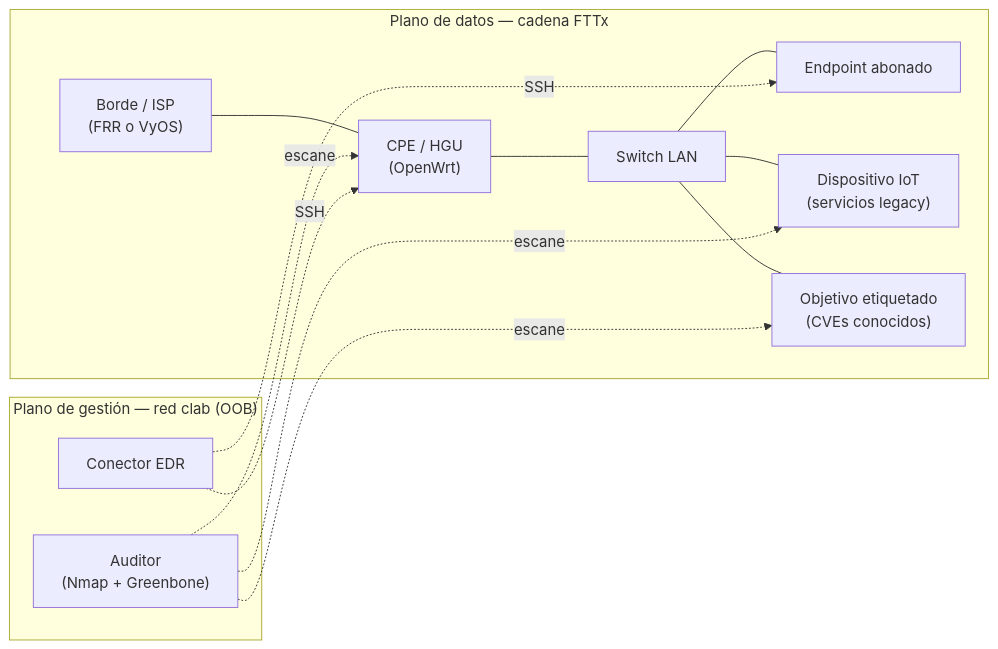
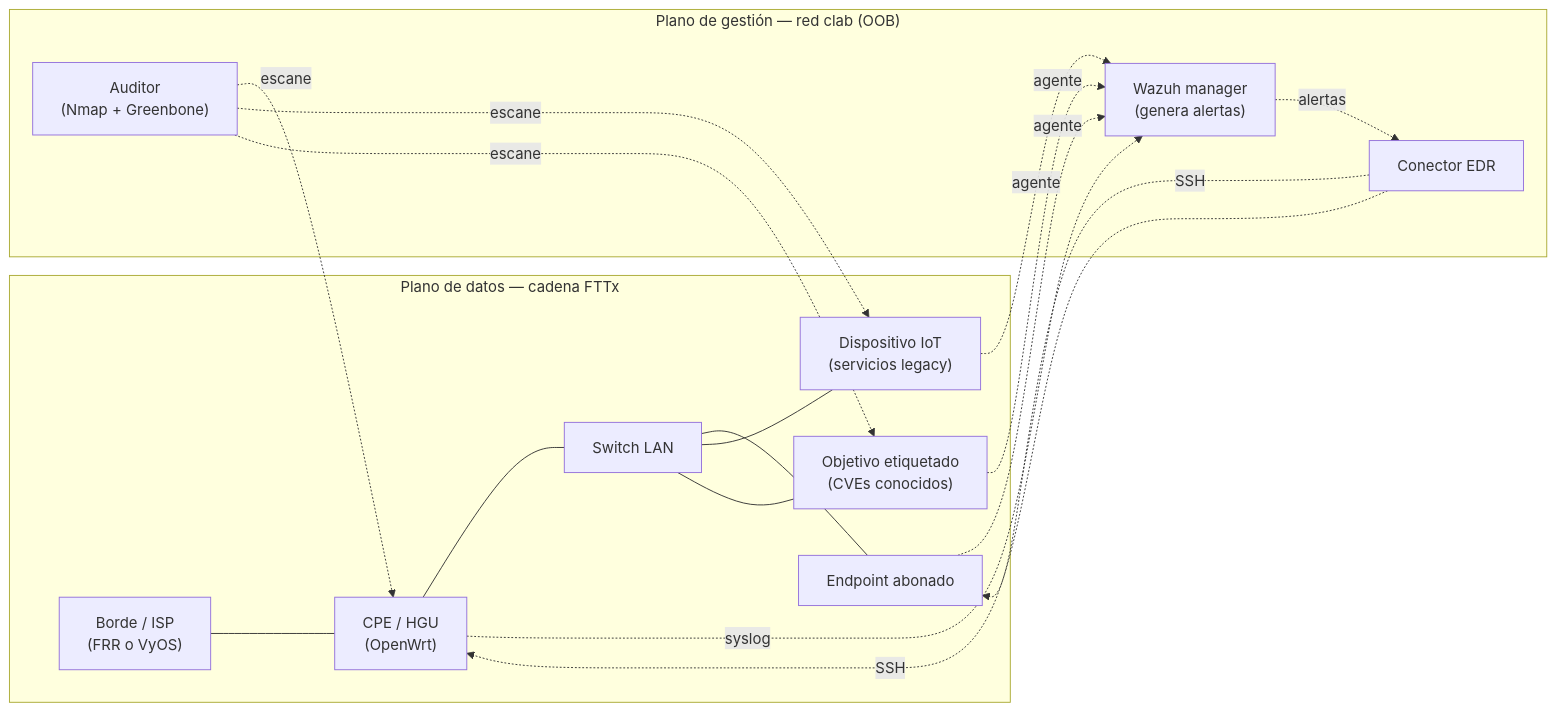
One commit to vBlanyer/domotai-pasantia changed the diagram in documentacion/03-fase3-entorno-de-pruebas/sandbox-red-containerlab.md. Above: the diagram before and after it, drawn with Mermaid. The commit also changed other lines of this file and 6 other files, not shown here.

````diff
--- a/documentacion/03-fase3-entorno-de-pruebas/sandbox-red-containerlab.md
+++ b/documentacion/03-fase3-entorno-de-pruebas/sandbox-red-containerlab.md
@@ -59,28 +59,34 @@
 ```mermaid
 flowchart LR
     subgraph datos["Plano de datos — cadena FTTx"]
         BORDE["Borde / ISP<br/>(FRR o VyOS)"]
         CPE["CPE / HGU<br/>(OpenWrt)"]
         SW["Switch LAN"]
         PC["Endpoint abonado"]
         IOT["Dispositivo IoT<br/>(servicios legacy)"]
         VULN["Objetivo etiquetado<br/>(CVEs conocidos)"]
     end
 
     subgraph gestion["Plano de gestión — red clab (OOB)"]
+        WZ["Wazuh manager<br/>(genera alertas)"]
         EDR["Conector EDR"]
         AUD["Auditor<br/>(Nmap + Greenbone)"]
     end
 
     BORDE --- CPE
     CPE --- SW
     SW --- PC
     SW --- IOT
     SW --- VULN
 
+    CPE -.syslog.-> WZ
+    PC -.agente.-> WZ
+    IOT -.agente.-> WZ
+    VULN -.agente.-> WZ
+    WZ -.alertas.-> EDR
     AUD -.escaneo.-> CPE
     AUD -.escaneo.-> IOT
     AUD -.escaneo.-> VULN
     EDR -.SSH.-> CPE
     EDR -.SSH.-> PC
 ```
````
